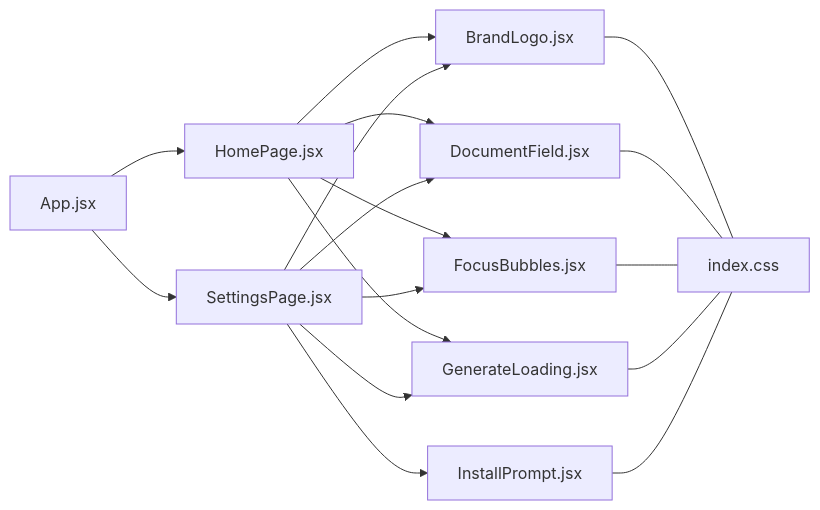
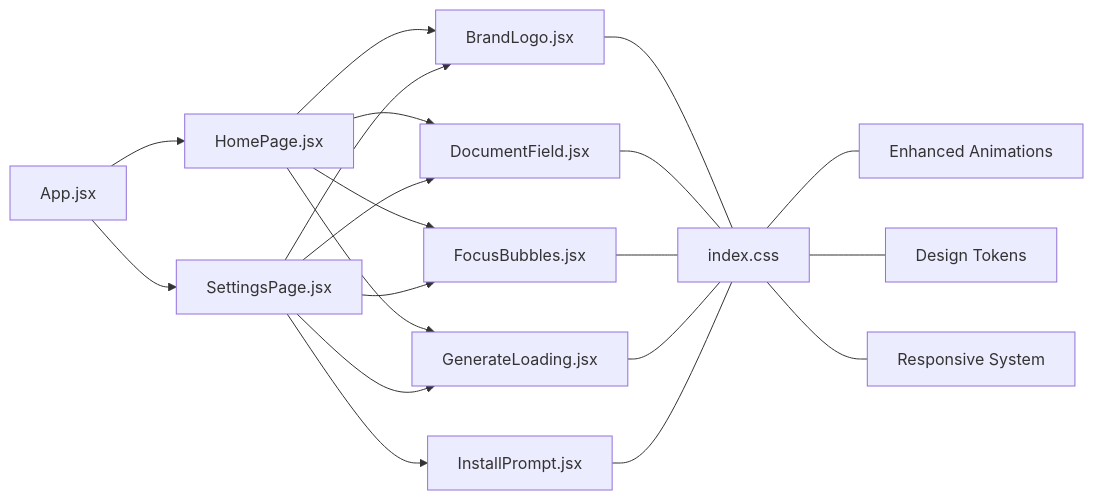
One commit to zmyeo54/briefroom changed the third of 3 diagrams in .qoder/repowiki/en/content/Component Library/UI Components.md. Above: the diagram before and after it, drawn with Mermaid. The commit also changed other lines of this file and 32 other files, not shown here.

````diff
--- a/.qoder/repowiki/en/content/Component Library/UI Components.md
+++ b/.qoder/repowiki/en/content/Component Library/UI Components.md
@@ -354,19 +392,22 @@
 ```mermaid
 graph LR
 App["App.jsx"] --> HomePage["HomePage.jsx"]
 App --> SettingsPage["SettingsPage.jsx"]
 HomePage --> BrandLogo["BrandLogo.jsx"]
 HomePage --> DocumentField["DocumentField.jsx"]
 HomePage --> FocusBubbles["FocusBubbles.jsx"]
 HomePage --> GenerateLoading["GenerateLoading.jsx"]
 SettingsPage --> BrandLogo
 SettingsPage --> DocumentField
 SettingsPage --> FocusBubbles
 SettingsPage --> GenerateLoading
 SettingsPage --> InstallPrompt["InstallPrompt.jsx"]
 BrandLogo --- CSS["index.css"]
 DocumentField --- CSS
 FocusBubbles --- CSS
 GenerateLoading --- CSS
 InstallPrompt --- CSS
+CSS --- Animations["Enhanced Animations"]
+CSS --- Tokens["Design Tokens"]
+CSS --- Responsive["Responsive System"]
 ```
````
